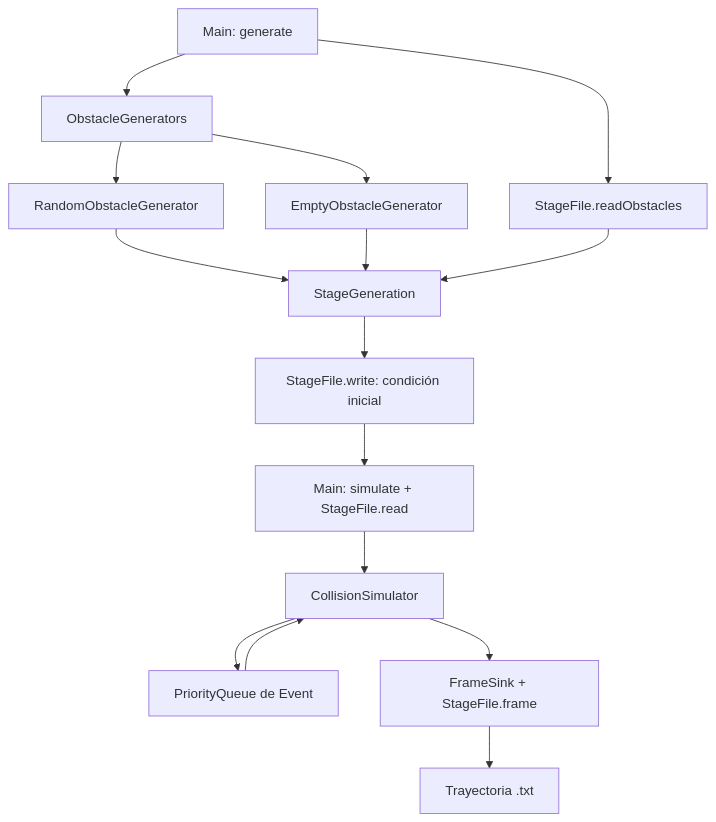
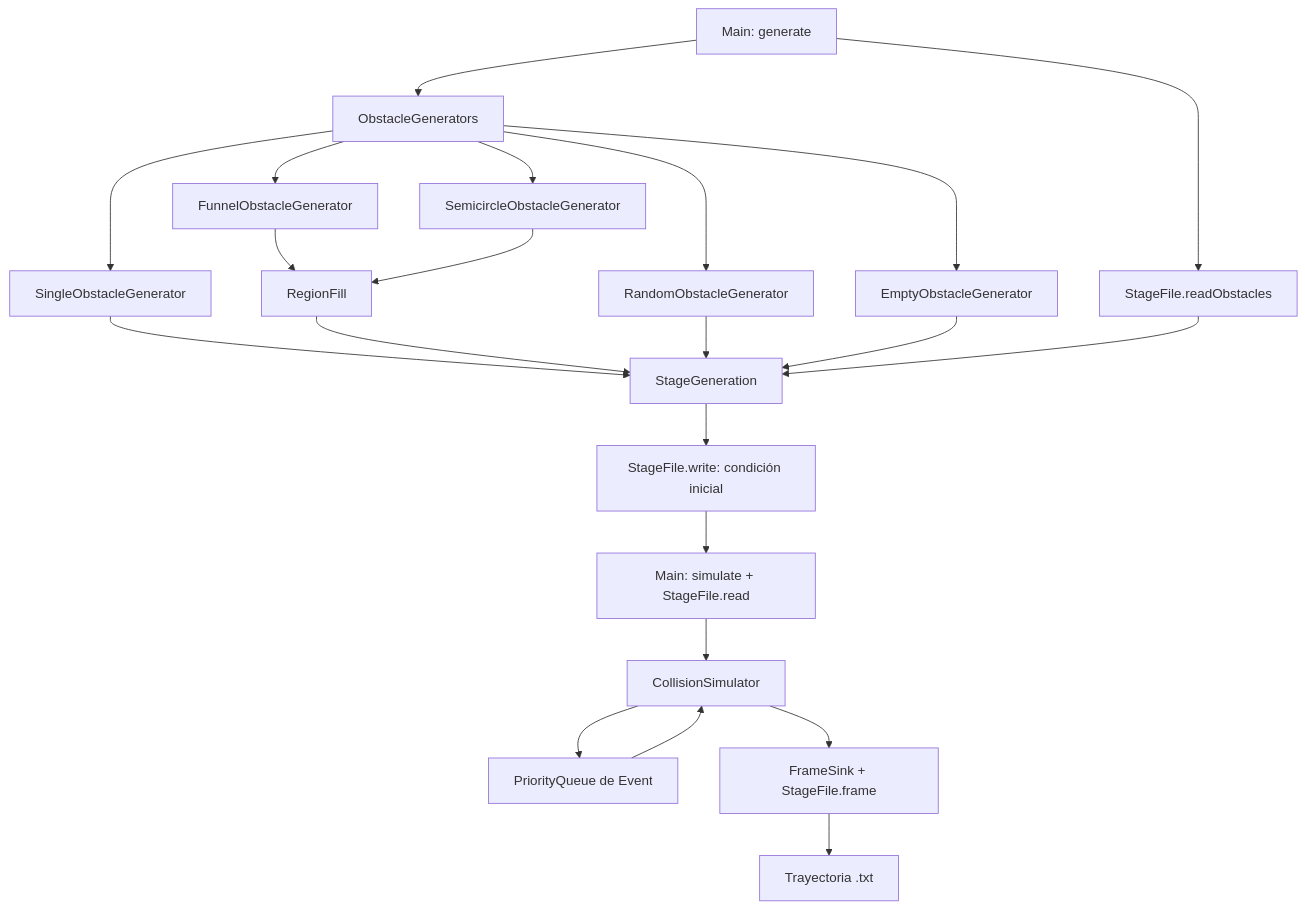
Before and after one commit to Fedir03/Simulacion-De-Sistemas: the diagram in TP3/MOTOR.md, drawn with Mermaid. The commit also changed other lines of this file and 3 other files, not shown here.

````diff
--- a/TP3/MOTOR.md
+++ b/TP3/MOTOR.md
@@ -18,17 +18,24 @@
 ```mermaid
 flowchart TD
     CLI[Main: generate] --> Selector[ObstacleGenerators]
     Selector --> Random[RandomObstacleGenerator]
     Selector --> Empty[EmptyObstacleGenerator]
+    Selector --> Single[SingleObstacleGenerator]
+    Selector --> Funnel[FunnelObstacleGenerator]
+    Selector --> Semi[SemicircleObstacleGenerator]
+    Funnel --> Fill[RegionFill]
+    Semi --> Fill
+    Single --> Stage
+    Fill --> Stage
     CLI --> File[StageFile.readObstacles]
     Random --> Stage[StageGeneration]
     Empty --> Stage
     File --> Stage
     Stage --> Initial[StageFile.write: condición inicial]
     Initial --> Read[Main: simulate + StageFile.read]
     Read --> Engine[CollisionSimulator]
     Engine --> Queue[PriorityQueue de Event]
     Queue --> Engine
     Engine --> Sink[FrameSink + StageFile.frame]
     Sink --> Output[Trayectoria .txt]
 ```
````
